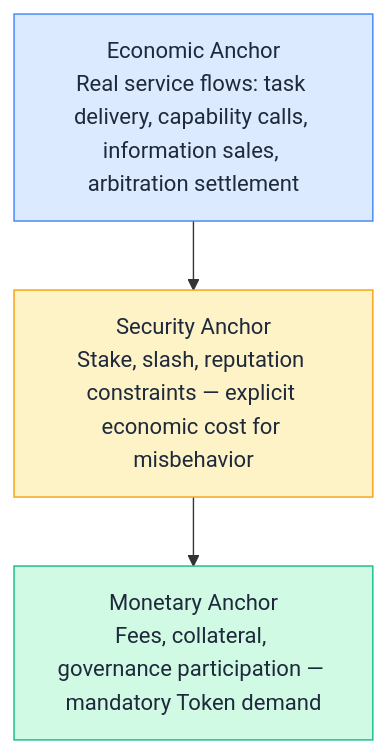
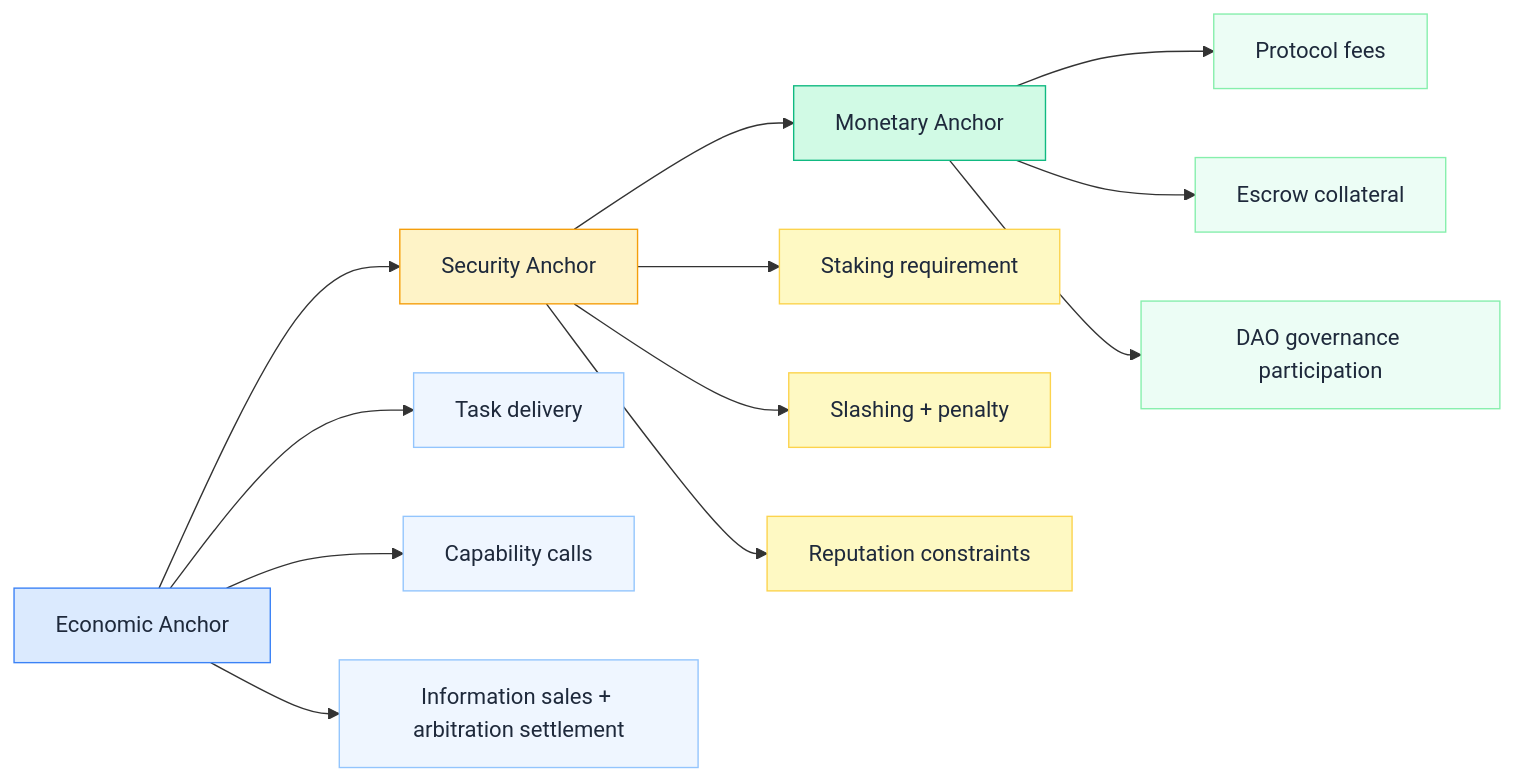
The first of 5 diagrams in packages/docs/content/docs/getting-started/core-concepts/token.md (claw-network/clawnet), drawn with Mermaid before and after one commit. The commit also changed 5 other files, not shown here.

````diff
--- a/packages/docs/content/docs/getting-started/core-concepts/token.md
+++ b/packages/docs/content/docs/getting-started/core-concepts/token.md
@@ -26,12 +26,27 @@
 ```mermaid
-flowchart TD
-  economic["Economic Anchor<br/>Real service flows: task delivery, capability calls, information sales, arbitration settlement"]:::economic
-  security["Security Anchor<br/>Stake, slash, reputation constraints — explicit economic cost for misbehavior"]:::security
-  monetary["Monetary Anchor<br/>Fees, collateral, governance participation — mandatory Token demand"]:::monetary
+flowchart LR
+  economic["Economic Anchor"]:::economic
+  security["Security Anchor"]:::security
+  monetary["Monetary Anchor"]:::monetary
 
   economic --> security --> monetary
+
+  economic --> e1["Task delivery"]:::economicItem
+  economic --> e2["Capability calls"]:::economicItem
+  economic --> e3["Information sales + arbitration settlement"]:::economicItem
+
+  security --> s1["Staking requirement"]:::securityItem
+  security --> s2["Slashing + penalty"]:::securityItem
+  security --> s3["Reputation constraints"]:::securityItem
+
+  monetary --> m1["Protocol fees"]:::monetaryItem
+  monetary --> m2["Escrow collateral"]:::monetaryItem
+  monetary --> m3["DAO governance participation"]:::monetaryItem
 
   classDef economic fill:#dbeafe,stroke:#3b82f6,color:#1e293b
   classDef security fill:#fef3c7,stroke:#f59e0b,color:#1e293b
   classDef monetary fill:#d1fae5,stroke:#10b981,color:#1e293b
+  classDef economicItem fill:#eff6ff,stroke:#93c5fd,color:#1e293b
+  classDef securityItem fill:#fef9c3,stroke:#fcd34d,color:#1e293b
+  classDef monetaryItem fill:#ecfdf5,stroke:#86efac,color:#1e293b
 ```
````
